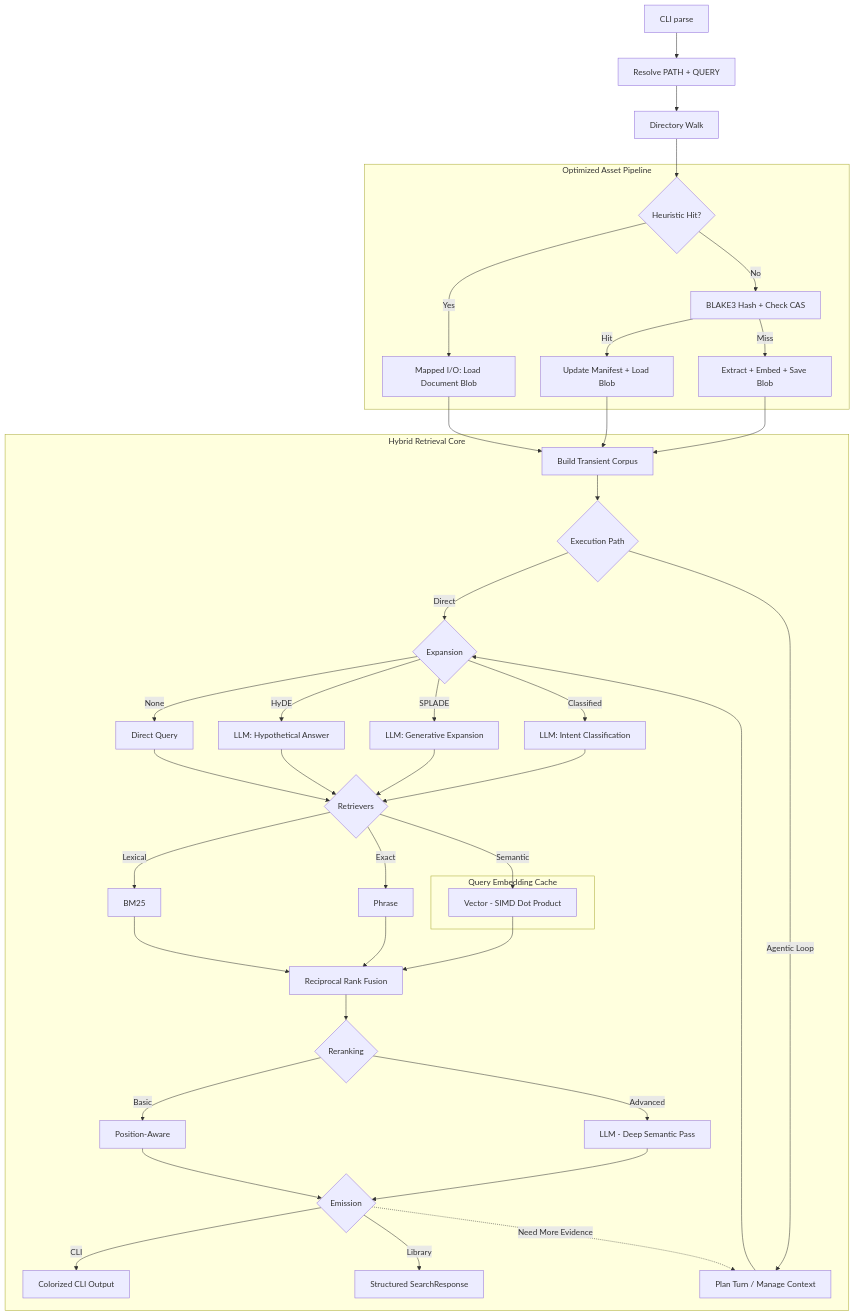
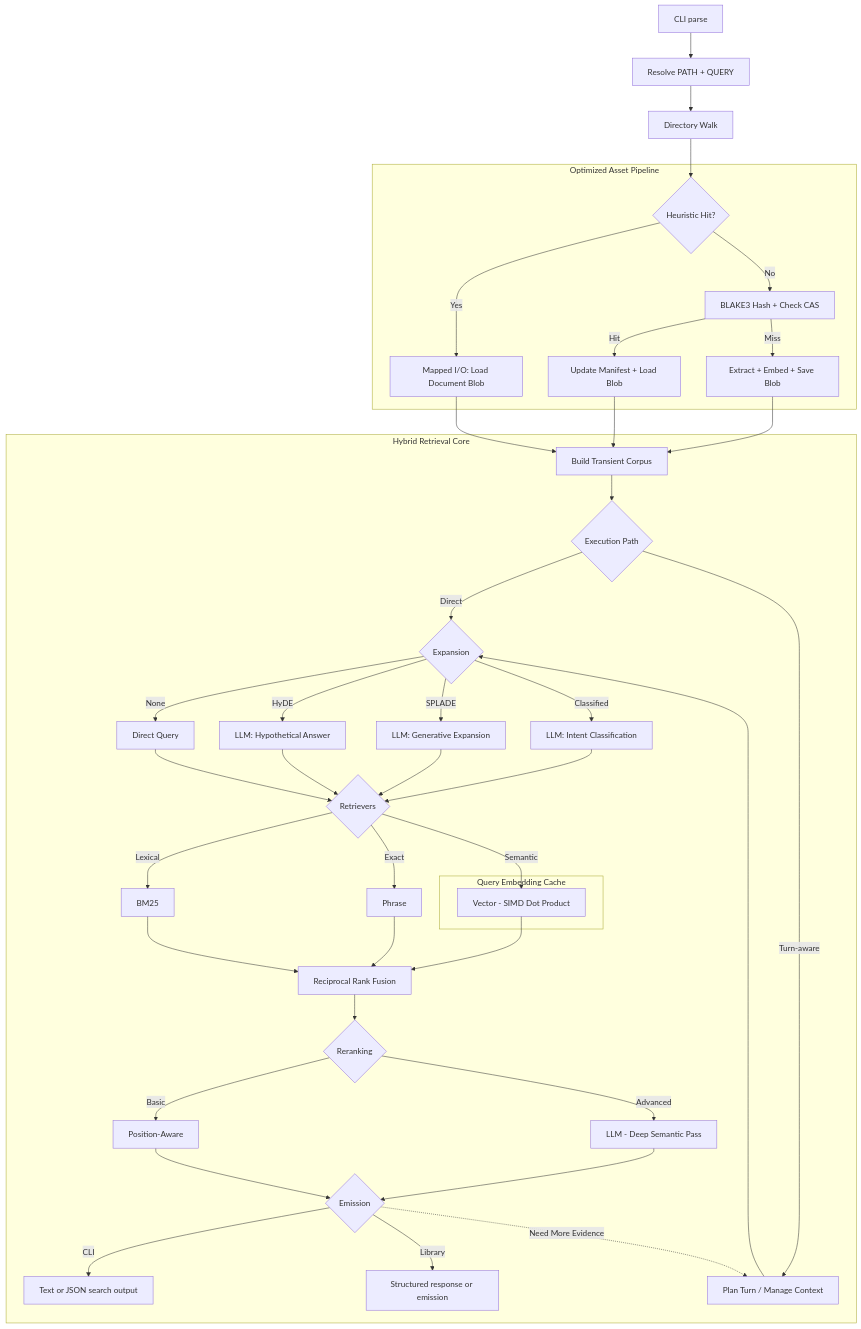
One commit to rupurt/sift changed the diagram in README.md. Above: the diagram before and after it, drawn with Mermaid. The commit also changed other lines of this file and 7 other files, not shown here.

````diff
--- a/README.md
+++ b/README.md
@@ -154,53 +218,53 @@
 ```mermaid
 flowchart TD
   A[CLI parse] --> B[Resolve PATH + QUERY]
   B --> C[Directory Walk]
-  
+
   subgraph Pipeline ["Optimized Asset Pipeline"]
     C1{Heuristic Hit?} -->|Yes| C2[Mapped I/O: Load Document Blob]
     C1 -->|No| C3[BLAKE3 Hash + Check CAS]
     C3 -->|Hit| C4[Update Manifest + Load Blob]
     C3 -->|Miss| C5[Extract + Embed + Save Blob]
   end
 
   C --> C1
   C2 --> D[Build Transient Corpus]
   C4 --> D
   C5 --> D
 
   subgraph Strategy ["Hybrid Retrieval Core"]
     D --> J{Execution Path}
     J -->|Direct| E{Expansion}
-    J -->|Agentic Loop| A0[Plan Turn / Manage Context]
+    J -->|Turn-aware| A0[Plan Turn / Manage Context]
     A0 --> E
     E -->|None| E1[Direct Query]
     E -->|HyDE| E2[LLM: Hypothetical Answer]
     E -->|SPLADE| E3[LLM: Generative Expansion]
     E -->|Classified| E4[LLM: Intent Classification]
-    
+
     E1 --> F{Retrievers}
     E2 --> F
     E3 --> F
     E4 --> F
-    
+
     F -->|Lexical| F1[BM25]
     F -->|Exact| F2[Phrase]
     F -->|Semantic| F3[Vector - SIMD Dot Product]
-    
+
     subgraph QueryCache ["Query Embedding Cache"]
       F3
     end
 
     F1 --> G[Reciprocal Rank Fusion]
     F2 --> G
     F3 --> G
     G --> H{Reranking}
     H -->|Basic| H1[Position-Aware]
     H -->|Advanced| H2[LLM - Deep Semantic Pass]
     H1 --> K{Emission}
     H2 --> K
-    K -->|CLI| I[Colorized CLI Output]
-    K -->|Library| I2[Structured SearchResponse]
+    K -->|CLI| I[Text or JSON search output]
+    K -->|Library| I2[Structured response or emission]
     K -.->|Need More Evidence| A0
   end
 ```
````
